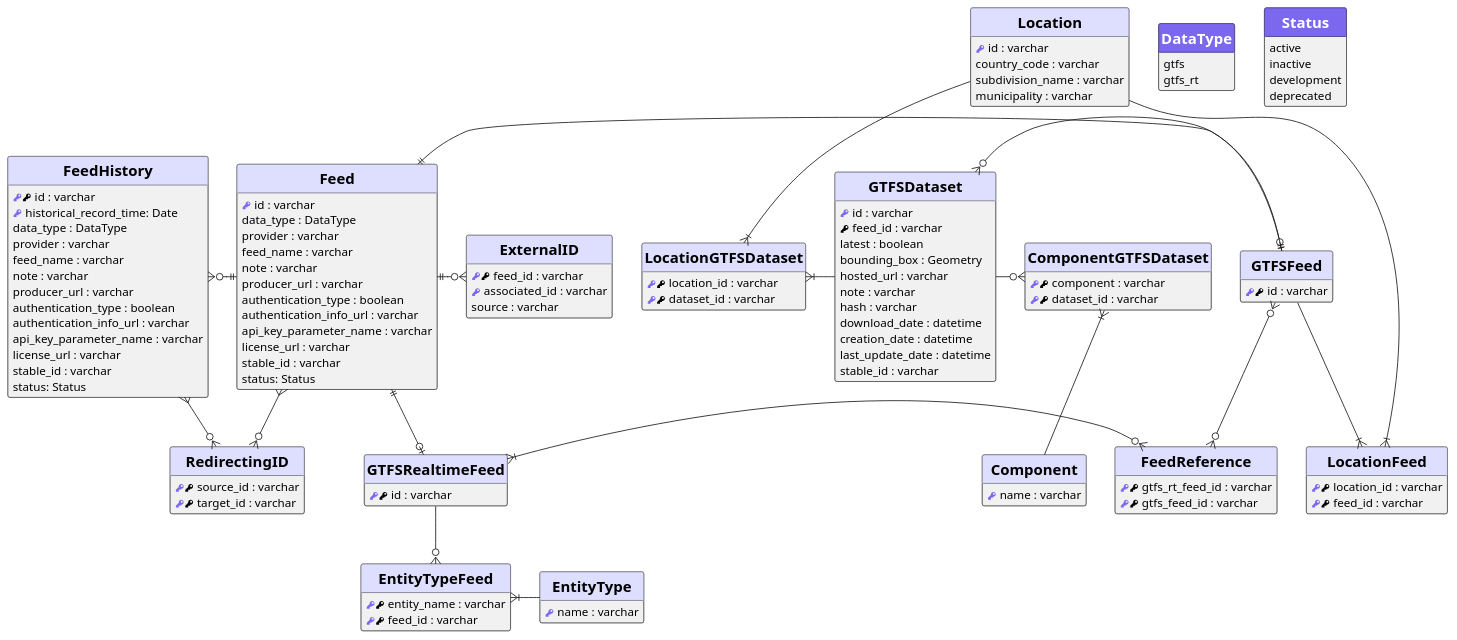
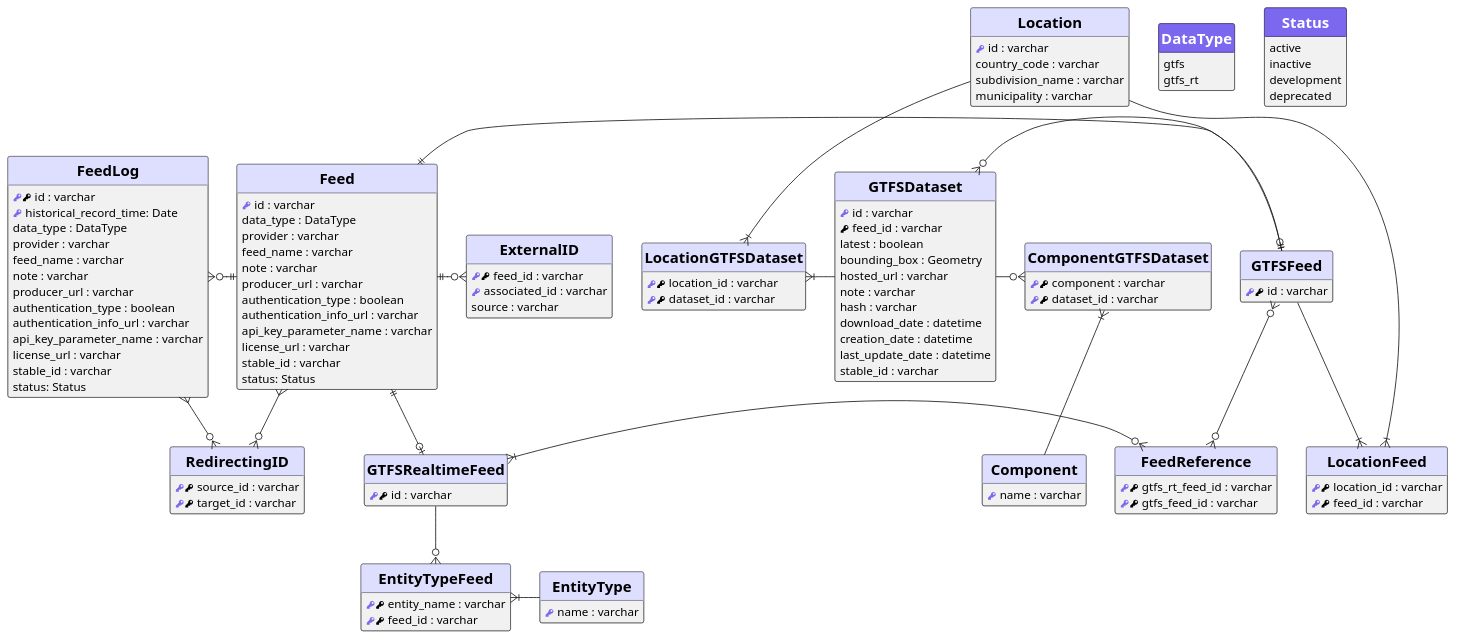
Before and after one commit to MobilityData/mobility-feed-api: the diagram in docs/database/database_schema.pu, drawn with PlantUML. The commit also changed 1 other file, not shown here.

Commit message:
fix: changed FeedHistory table name

```diff
--- a/docs/database/database_schema.pu
+++ b/docs/database/database_schema.pu
@@ -1,150 +1,150 @@
 @startuml
     hide stereotype
     hide circle
     hide empty members
 
     skinparam defaultFontName Heiti TC
     skinparam HeaderFontColor #96A1FF
     skinparam classFontColor automatic
 
     skinparam class {
         HeaderBackgroundColor<<enum>> MediumSlateBlue
         HeaderBackgroundColor<<entity>> #dedeff
         roundCorner 25
     }
 
     enum =DataType <<enum>> {
     gtfs
     gtfs_rt
     }
 
     enum =Status <<enum>> {
     active
     inactive
     development
     deprecated
     }
 
     entity =Feed <<entity>> {
     <color:MediumSlateBlue><&key></color> id : varchar
       data_type : DataType
       provider : varchar
       feed_name : varchar
       note : varchar
       producer_url : varchar
       authentication_type : boolean
       authentication_info_url : varchar
       api_key_parameter_name : varchar
       license_url : varchar
       stable_id : varchar
       status: Status
       }
 
-    entity =FeedHistory <<entity>> {
+    entity =FeedLog <<entity>> {
     <color:MediumSlateBlue><&key></color><&key> id : varchar
     <color:MediumSlateBlue><&key></color> historical_record_time: Date
       data_type : DataType
       provider : varchar
       feed_name : varchar
       note : varchar
       producer_url : varchar
       authentication_type : boolean
       authentication_info_url : varchar
       api_key_parameter_name : varchar
       license_url : varchar
       stable_id : varchar
       status: Status
       }
 
 
     entity =GTFSRealtimeFeed <<entity>> {
     <color:MediumSlateBlue><&key></color><&key> id : varchar
     }
 
     entity =EntityType <<entity>> {
     <color:MediumSlateBlue><&key></color> name : varchar
     }
 
     entity =EntityTypeFeed <<entity>> {
     <color:MediumSlateBlue><&key></color><&key> entity_name : varchar
     <color:MediumSlateBlue><&key></color><&key> feed_id : varchar
       }
 
     entity =GTFSFeed <<entity>> {
     <color:MediumSlateBlue><&key></color><&key> id : varchar
       }
 
     entity =FeedReference <<entity>> {
     <color:MediumSlateBlue><&key></color><&key> gtfs_rt_feed_id : varchar
     <color:MediumSlateBlue><&key></color><&key> gtfs_feed_id : varchar
       }
 
     entity =Location <<entity>> {
     <color:MediumSlateBlue><&key></color> id : varchar
       country_code : varchar
       subdivision_name : varchar
       municipality : varchar
       }
 
     entity =LocationFeed <<entity>> {
     <color:MediumSlateBlue><&key></color><&key> location_id : varchar
     <color:MediumSlateBlue><&key></color><&key> feed_id : varchar
       }
 
     entity =ExternalID <<entity>> {
     <color:MediumSlateBlue><&key></color><&key> feed_id : varchar
     <color:MediumSlateBlue><&key></color> associated_id : varchar
       source : varchar
       }
 
     entity =GTFSDataset <<entity>> {
     <color:MediumSlateBlue><&key></color> id : varchar
     <&key> feed_id : varchar
       latest : boolean
       bounding_box : Geometry
       hosted_url : varchar
       note : varchar
       hash : varchar
       download_date : datetime
       creation_date : datetime
       last_update_date : datetime
       stable_id : varchar
       }
 
     entity =LocationGTFSDataset <<entity>> {
     <color:MediumSlateBlue><&key></color><&key> location_id : varchar
     <color:MediumSlateBlue><&key></color><&key> dataset_id : varchar
       }
 
     entity =Component <<entity>> {
     <color:MediumSlateBlue><&key></color> name : varchar
       }
 
     entity =ComponentGTFSDataset <<entity>> {
     <color:MediumSlateBlue><&key></color><&key> component : varchar
     <color:MediumSlateBlue><&key></color><&key> dataset_id : varchar
       }
 
       entity =RedirectingID <<entity>> {
     <color:MediumSlateBlue><&key></color><&key> source_id : varchar
     <color:MediumSlateBlue><&key></color><&key> target_id : varchar
       }
 
-     "=Feed" ||-left-o{ "=FeedHistory"
+     "=Feed" ||-left-o{ "=FeedLog"
      "=Feed" ||--o| "=GTFSRealtimeFeed"
      "=Feed" ||-right-o| "=GTFSFeed"
-     "=FeedHistory" }--o{ "=RedirectingID"
+     "=FeedLog" }--o{ "=RedirectingID"
      "=Feed" }--o{ "=RedirectingID"
      "=Feed" ||-right-o{ "=ExternalID"
      "=GTFSRealtimeFeed" --o{ "=EntityTypeFeed"
      "=EntityType" -left-|{ "=EntityTypeFeed"
      "=GTFSRealtimeFeed" }|-right-o{ "=FeedReference"
      "=GTFSFeed" }o--o{ "=FeedReference"
      "=GTFSFeed" --|{ "=LocationFeed"
      "=Location" --|{ "=LocationFeed"
      "=Location" --|{ "=LocationGTFSDataset"
      "=GTFSDataset" -left-|{ "=LocationGTFSDataset"
      "=GTFSFeed" ||-left-o{ "=GTFSDataset"
      "=ComponentGTFSDataset" }o-left- "=GTFSDataset"
      "=ComponentGTFSDataset" }|-- "=Component"
 @enduml
```
